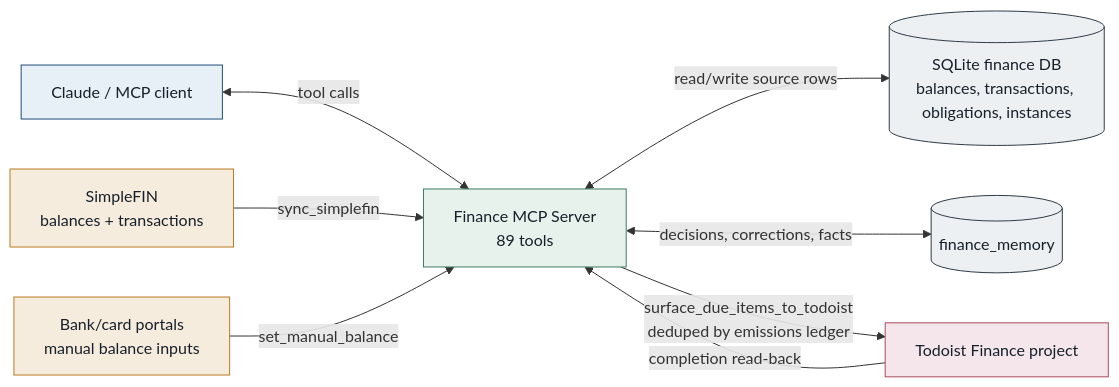
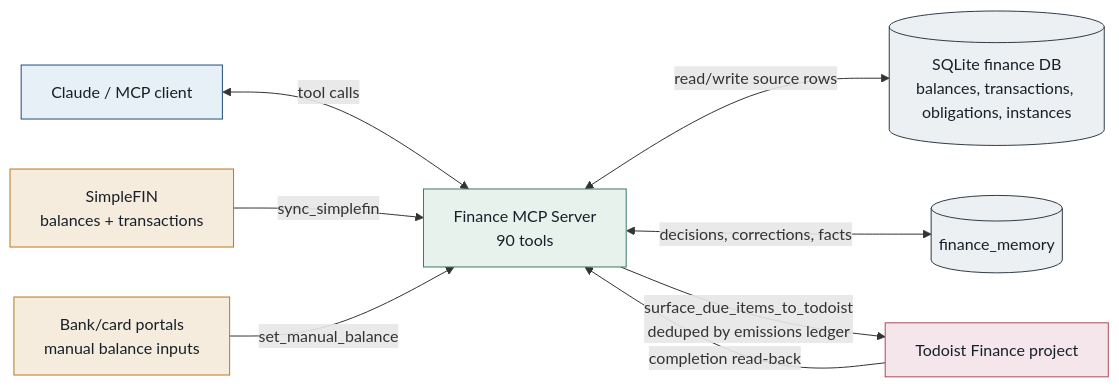
One commit to albeorla/personal-finance-agent changed the first of 2 diagrams in README.md. Above: the diagram before and after it, drawn with Mermaid. The commit also changed other lines of this file and 3 other files, not shown here.

````diff
--- a/README.md
+++ b/README.md
@@ -13,24 +13,24 @@
 ```mermaid
 flowchart LR
-    Claude["Claude / MCP client"] <-->|"tool calls"| Server["Finance MCP Server<br/>89 tools"]
+    Claude["Claude / MCP client"] <-->|"tool calls"| Server["Finance MCP Server<br/>90 tools"]
 
     SimpleFIN["SimpleFIN<br/>balances + transactions"] -->|"sync_simplefin"| Server
     Portals["Bank/card portals<br/>manual balance inputs"] -->|"set_manual_balance"| Server
 
     Server <-->|"read/write source rows"| SQLite[("SQLite finance DB<br/>balances, transactions, obligations, instances")]
     Server <-->|"decisions, corrections, facts"| Memory[("finance_memory")]
 
     Server -->|"surface_due_items_to_todoist<br/>deduped by emissions ledger"| Todoist["Todoist Finance project"]
     Todoist -->|"completion read-back"| Server
 
     classDef client fill:#e7eff7,stroke:#1f4e79,color:#17202a
     classDef server fill:#e8f2ec,stroke:#3d7b65,color:#17202a
     classDef source fill:#f5ecdd,stroke:#b87922,color:#17202a
     classDef output fill:#f4e6ea,stroke:#aa4a5d,color:#17202a
     classDef store fill:#edf0f2,stroke:#2f3b47,color:#17202a
     class Claude client
     class Server server
     class SimpleFIN,Portals source
     class Todoist output
     class SQLite,Memory store
 ```
````
